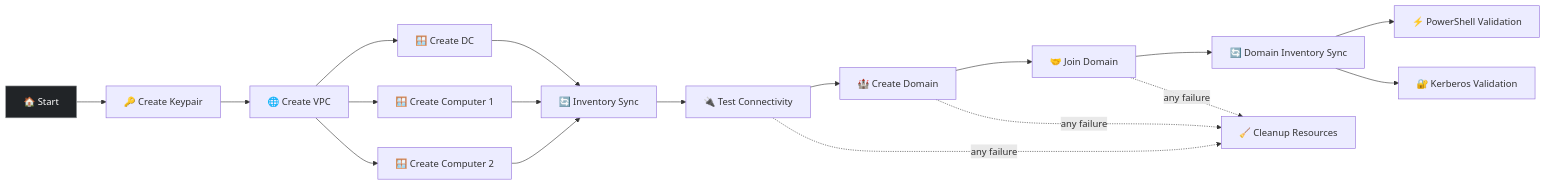
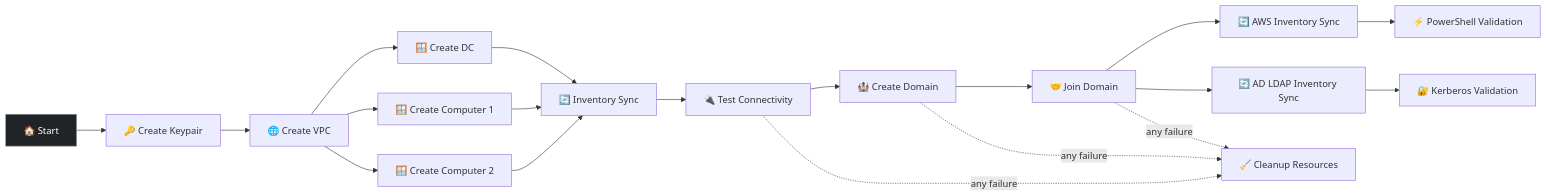
The diagram in windows/docs/windows-setup-ad-domain.md (ansible/product-demos), drawn with Mermaid before and after one commit. The commit also changed other lines of this file and 5 other files, not shown here.

Commit message:
Add demo for microsoft.ad.ldap inventory plugin (#379)

````diff
--- a/windows/docs/windows-setup-ad-domain.md
+++ b/windows/docs/windows-setup-ad-domain.md
@@ -8,22 +8,23 @@
 ```mermaid
 graph LR
   S["🏠 Start"]
   S --> A
   A["🔑 Create Keypair"] --> B["🌐 Create VPC"]
   B --> C["🪟 Create DC"]
   B --> D["🪟 Create Computer 1"]
   B --> E["🪟 Create Computer 2"]
   C --> F["🔄 Inventory Sync"]
   D --> F
   E --> F
   F --> G["🔌 Test Connectivity"]
   G --> H["🏰 Create Domain"]
   H --> I["🤝 Join Domain"]
-  I --> J["🔄 Domain Inventory Sync"]
+  I --> J["🔄 AWS Inventory Sync"]
+  I --> N["🔄 AD LDAP Inventory Sync"]
   J --> K["⚡ PowerShell Validation"]
-  J --> L["🔐 Kerberos Validation"]
+  N --> L["🔐 Kerberos Validation"]
   G -. "any failure" .-> M["🧹 Cleanup Resources"]
   H -. "any failure" .-> M
   I -. "any failure" .-> M
   style S fill:#212427,stroke:#8a8d90,color:#fff
 ```
````
